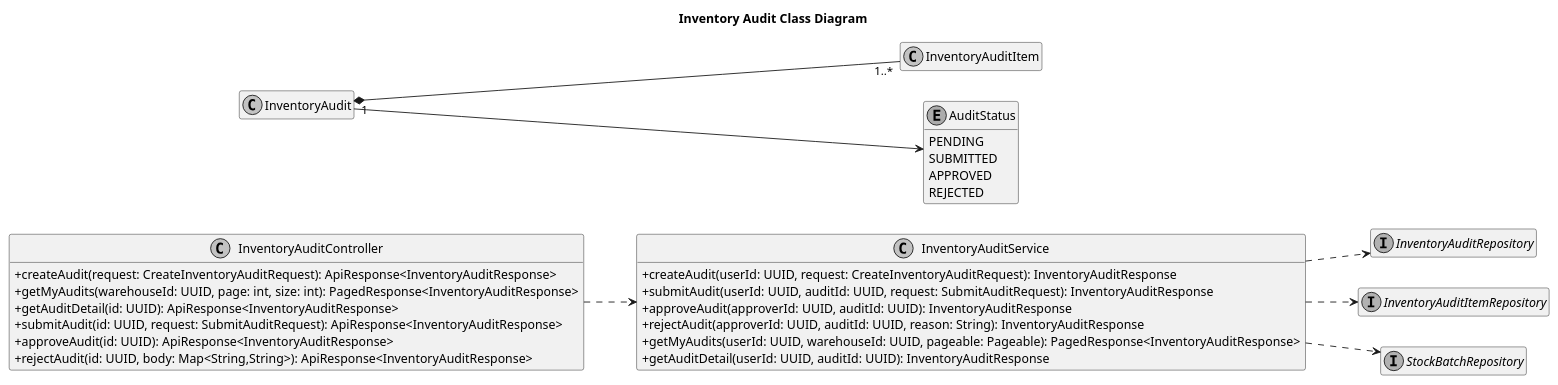
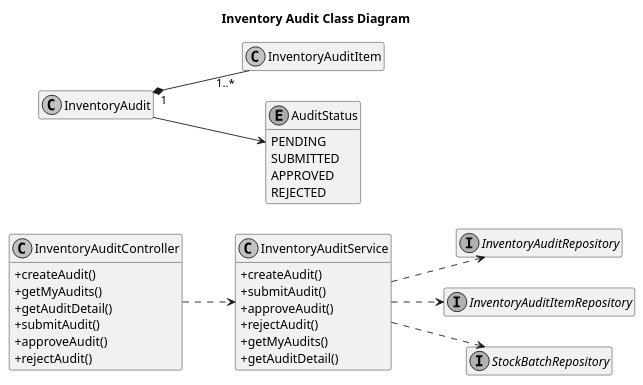
Before and after one commit to vinhleechem/StockSpace_BE: the first of 3 diagrams in docs/review3/diagrams/inventory-audit.md, drawn with PlantUML. The commit also changed 17 other files, not shown here.

````diff
--- a/docs/review3/diagrams/inventory-audit.md
+++ b/docs/review3/diagrams/inventory-audit.md
@@ -5,48 +5,48 @@
 ```plantuml
 @startuml
 title Inventory Audit Class Diagram
 skinparam monochrome true
 skinparam shadowing false
 skinparam backgroundColor transparent
 skinparam classAttributeIconSize 0
 hide empty members
 left to right direction
 
 class InventoryAuditController {
-  +createAudit(request: CreateInventoryAuditRequest): ApiResponse<InventoryAuditResponse>
-  +getMyAudits(warehouseId: UUID, page: int, size: int): PagedResponse<InventoryAuditResponse>
-  +getAuditDetail(id: UUID): ApiResponse<InventoryAuditResponse>
-  +submitAudit(id: UUID, request: SubmitAuditRequest): ApiResponse<InventoryAuditResponse>
-  +approveAudit(id: UUID): ApiResponse<InventoryAuditResponse>
-  +rejectAudit(id: UUID, body: Map<String,String>): ApiResponse<InventoryAuditResponse>
+  +createAudit()
+  +getMyAudits()
+  +getAuditDetail()
+  +submitAudit()
+  +approveAudit()
+  +rejectAudit()
 }
 
 class InventoryAuditService {
-  +createAudit(userId: UUID, request: CreateInventoryAuditRequest): InventoryAuditResponse
-  +submitAudit(userId: UUID, auditId: UUID, request: SubmitAuditRequest): InventoryAuditResponse
-  +approveAudit(approverId: UUID, auditId: UUID): InventoryAuditResponse
-  +rejectAudit(approverId: UUID, auditId: UUID, reason: String): InventoryAuditResponse
-  +getMyAudits(userId: UUID, warehouseId: UUID, pageable: Pageable): PagedResponse<InventoryAuditResponse>
-  +getAuditDetail(userId: UUID, auditId: UUID): InventoryAuditResponse
+  +createAudit()
+  +submitAudit()
+  +approveAudit()
+  +rejectAudit()
+  +getMyAudits()
+  +getAuditDetail()
 }
 
 interface InventoryAuditRepository
 interface InventoryAuditItemRepository
 interface StockBatchRepository
 class InventoryAudit
 class InventoryAuditItem
 enum AuditStatus {
   PENDING
   SUBMITTED
   APPROVED
   REJECTED
 }
 
 InventoryAuditController ..> InventoryAuditService
 InventoryAuditService ..> InventoryAuditRepository
 InventoryAuditService ..> InventoryAuditItemRepository
 InventoryAuditService ..> StockBatchRepository
 InventoryAudit "1" *-- "1..*" InventoryAuditItem
 InventoryAudit --> AuditStatus
 @enduml
 ```
````
